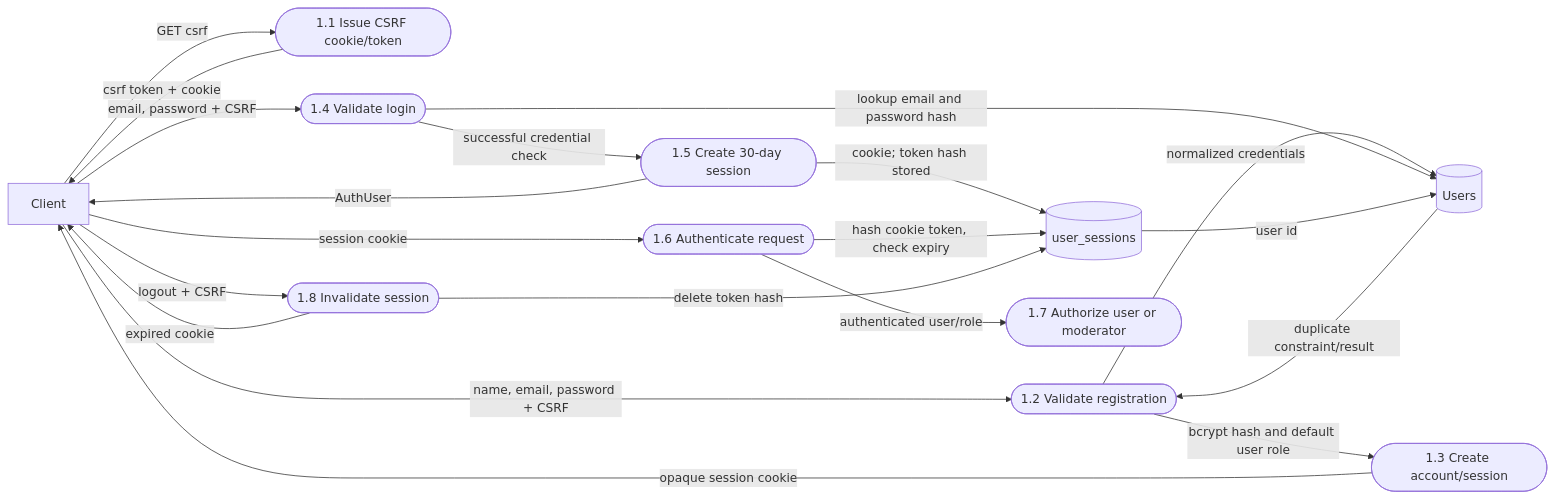
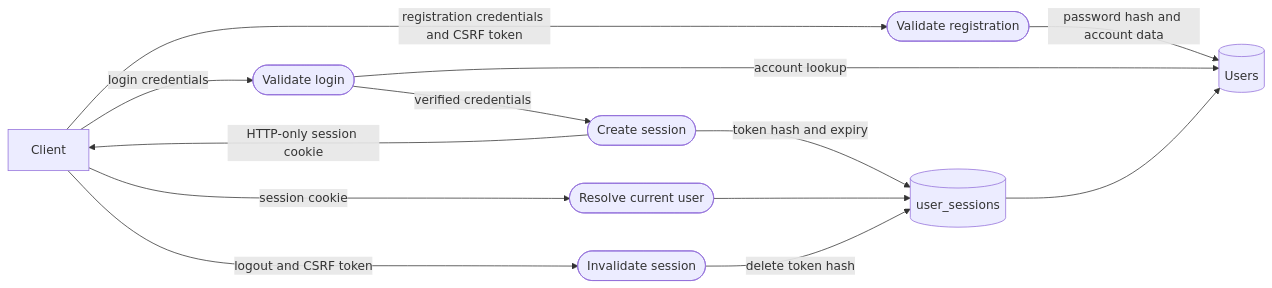
The first of 3 diagrams in docs/software-design/dfd-level-2.md (Nutrascore/nutrascore), drawn with Mermaid before and after one commit. The commit also changed other lines of this file and 94 other files, not shown here.

````diff
--- a/docs/software-design/dfd-level-2.md
+++ b/docs/software-design/dfd-level-2.md
@@ -9,22 +5,15 @@
 ```mermaid
 flowchart LR
-    C[Client] -->|GET csrf| A1(["1.1 Issue CSRF cookie/token"])
-    A1 -->|csrf token + cookie| C
-    C -->|name, email, password + CSRF| A2(["1.2 Validate registration"])
-    A2 -->|normalized credentials| U[(Users)]
-    U -->|duplicate constraint/result| A2
-    A2 -->|bcrypt hash and default user role| A3(["1.3 Create account/session"])
-    A3 -->|opaque session cookie| C
-    C -->|email, password + CSRF| A4(["1.4 Validate login"])
-    A4 -->|lookup email and password hash| U
-    A4 -->|successful credential check| A5(["1.5 Create 30-day session"])
-    A5 -->|cookie; token hash stored| S[(user_sessions)]
-    A5 -->|AuthUser| C
-    C -->|session cookie| A6(["1.6 Authenticate request"])
-    A6 -->|hash cookie token, check expiry| S
-    S -->|user id| U
-    A6 -->|authenticated user/role| A7(["1.7 Authorize user or moderator"])
-    C -->|logout + CSRF| A8(["1.8 Invalidate session"])
-    A8 -->|delete token hash| S
-    A8 -->|expired cookie| C
+    C[Client] -->|registration credentials and CSRF token| A(["Validate registration"])
+    A -->|password hash and account data| U[(Users)]
+    C -->|login credentials| L(["Validate login"])
+    L -->|account lookup| U
+    L -->|verified credentials| S(["Create session"])
+    S -->|token hash and expiry| DB[(user_sessions)]
+    S -->|HTTP-only session cookie| C
+    C -->|session cookie| R(["Resolve current user"])
+    R --> DB
+    DB --> U
+    C -->|logout and CSRF token| O(["Invalidate session"])
+    O -->|delete token hash| DB
 ```
````
